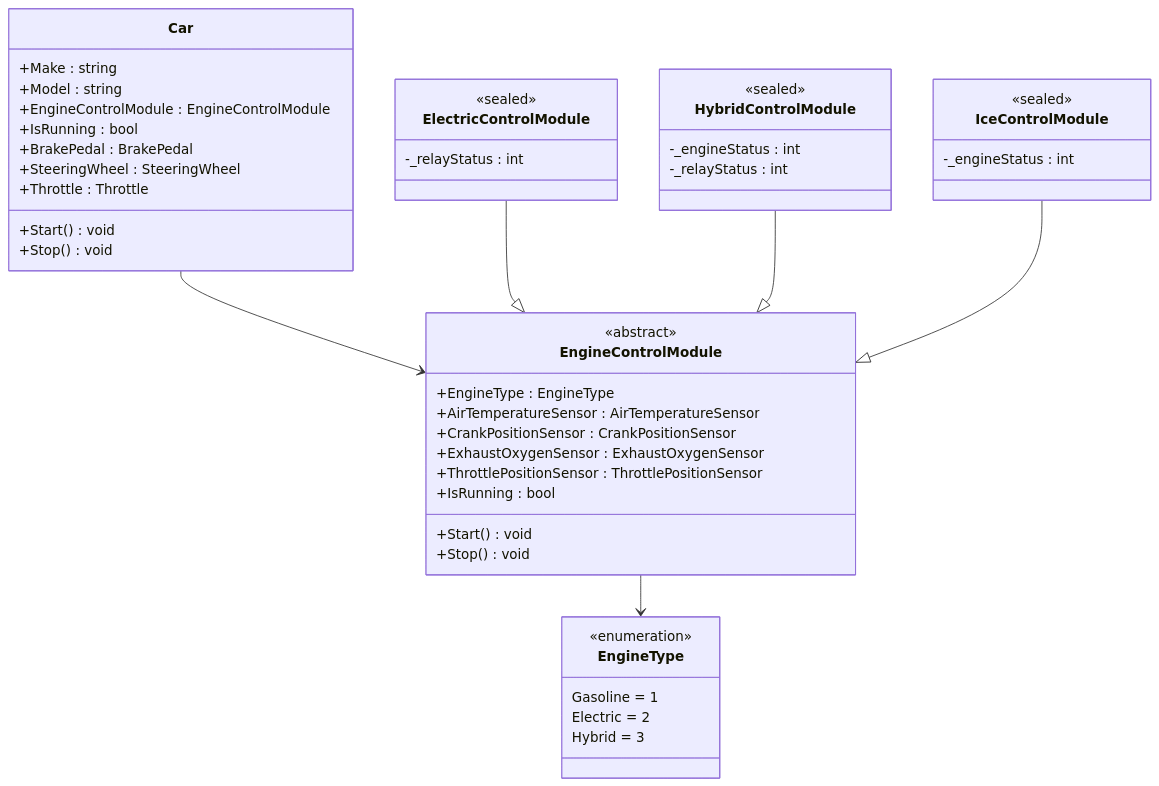
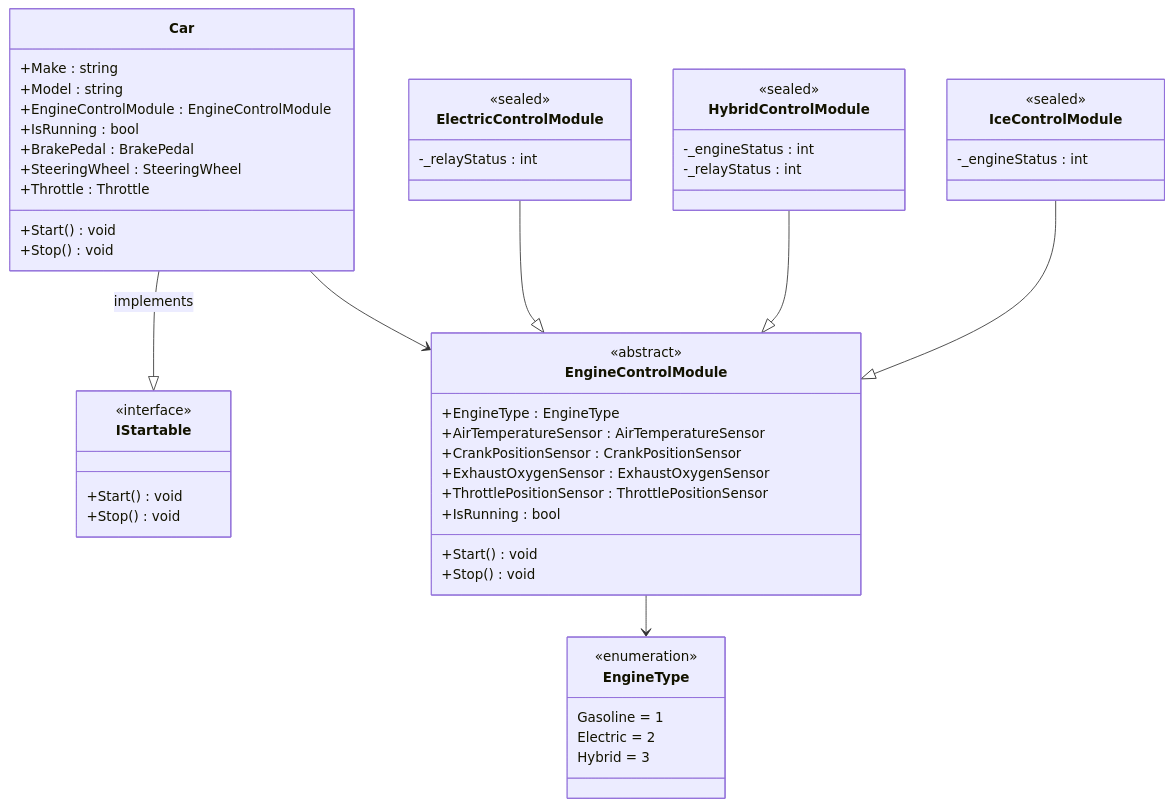
Before and after one commit to MelGrubb/ps-oo-cs10: the diagram in 04-solid.md, drawn with Mermaid. The commit also changed 12 other files, not shown here.

````diff
--- a/04-solid.md
+++ b/04-solid.md
@@ -7,54 +7,61 @@
 ```mermaid
 classDiagram
+	class IStartable {
+		<<interface>>
+		+Start() void
+		+Stop() void
+	}
+
 	class Car {
 		+Make : string
 		+Model : string
 		+EngineControlModule : EngineControlModule
 		+IsRunning : bool
 		+BrakePedal : BrakePedal
 		+SteeringWheel : SteeringWheel
 		+Throttle : Throttle
 		+Start() void
 		+Stop() void
 	}
+	Car --|> IStartable : implements
 	Car --> EngineControlModule
 
 	class EngineControlModule {
 		<<abstract>>
 		+EngineType : EngineType
 		+AirTemperatureSensor : AirTemperatureSensor
 		+CrankPositionSensor : CrankPositionSensor
 		+ExhaustOxygenSensor : ExhaustOxygenSensor
 		+ThrottlePositionSensor : ThrottlePositionSensor
 		+IsRunning : bool
 		+Start() void
 		+Stop() void
 	}
 	EngineControlModule --> EngineType
 
 	class ElectricControlModule {
 		<<sealed>>
 		-_relayStatus : int
 	}
 	ElectricControlModule --|> EngineControlModule
 
 	class HybridControlModule {
 		<<sealed>>
 		-_engineStatus : int
 		-_relayStatus : int
 	}
 	HybridControlModule --|> EngineControlModule
 
 	class IceControlModule {
 		<<sealed>>
 		-_engineStatus : int
 	}
 	IceControlModule --|> EngineControlModule
 
 	class EngineType {
 		<<enumeration>>
 		Gasoline = 1
 		Electric = 2
 		Hybrid = 3
 	}
 ```
````
